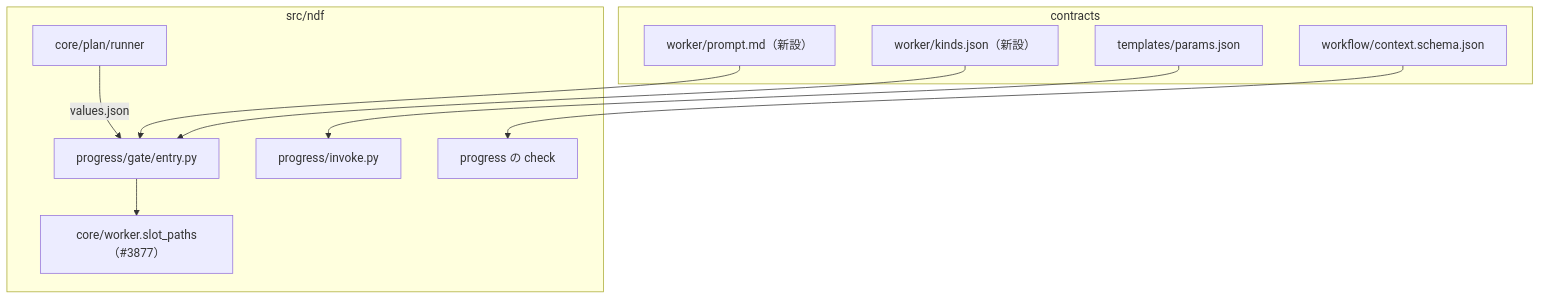
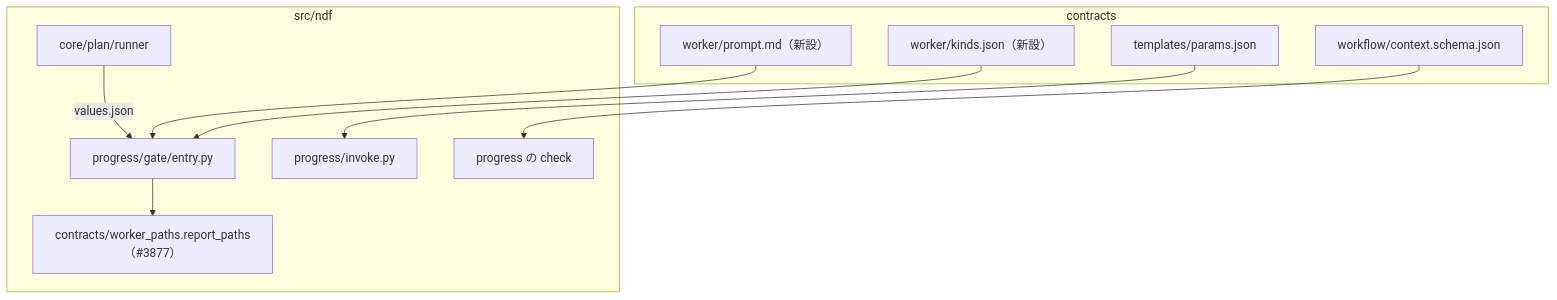
One commit to devbasex/ai-plugins changed the third of 4 diagrams in issues/issue-3908-design.md. Above: the diagram before and after it, drawn with Mermaid. The commit also changed other lines of this file and 2 other files, not shown here.

````diff
--- a/issues/issue-3908-design.md
+++ b/issues/issue-3908-design.md
@@ -66,22 +67,22 @@
 ```mermaid
 flowchart TB
     subgraph contracts["contracts"]
         P["templates/params.json"]
         K["worker/kinds.json（新設）"]
         T["worker/prompt.md（新設）"]
         CS["workflow/context.schema.json"]
     end
     subgraph src["src/ndf"]
         R["core/plan/runner"]
         AW["progress/gate/entry.py"]
         IV["progress/invoke.py"]
         CK["progress の check"]
-        SL["core/worker.slot_paths（#3877）"]
+        SL["contracts/worker_paths.report_paths（#3877）"]
     end
     P --> IV
     K --> AW
     T --> AW
     CS --> CK
     R -->|values.json| AW
     AW --> SL
 ```
````
